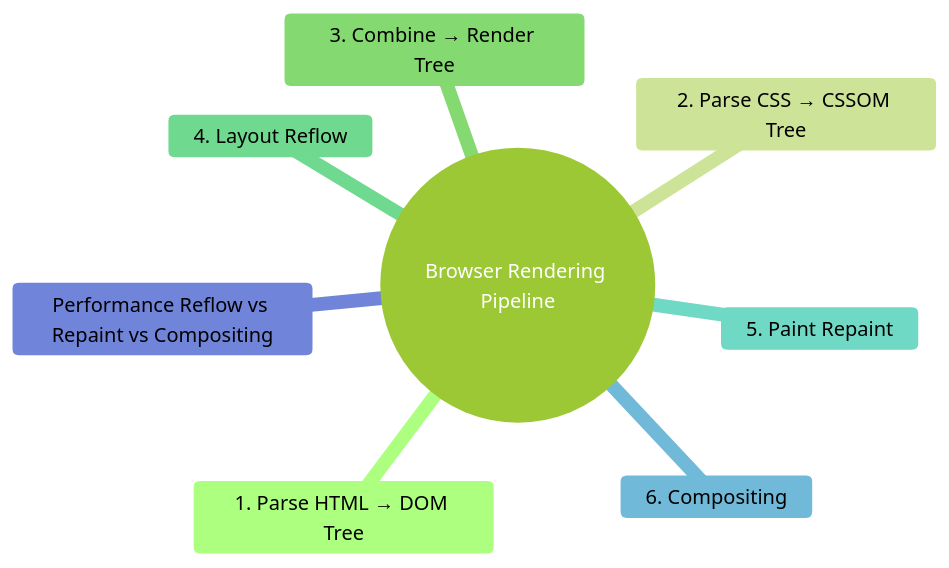
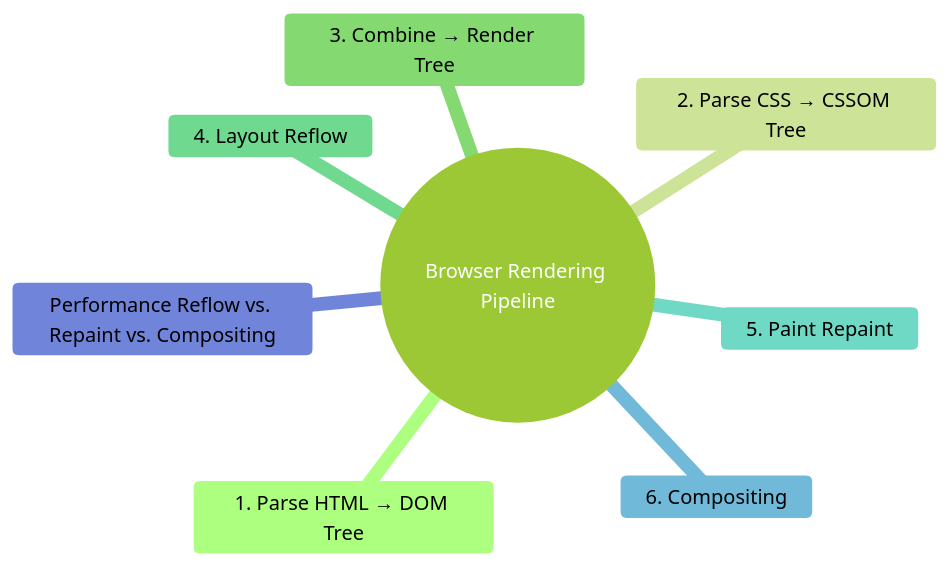
One commit to Charmying/blog changed the first of 5 diagrams in src/posts/en/web-browser-rendering.mdx. Above: the diagram before and after it, drawn with Mermaid (forest theme). The commit also changed other lines of this file and 40 other files, not shown here.

````diff
--- a/src/posts/en/web-browser-rendering.mdx
+++ b/src/posts/en/web-browser-rendering.mdx
@@ -16,11 +16,11 @@
 ```mermaid
 mindmap
   	root((Browser Rendering Pipeline))
     	1. Parse HTML → DOM Tree
     	2. Parse CSS → CSSOM Tree
     	3. Combine → Render Tree
     	4. Layout Reflow
     	5. Paint Repaint
     	6. Compositing
-    	Performance Reflow vs Repaint vs Compositing
+    	Performance Reflow vs. Repaint vs. Compositing
 ```
````
